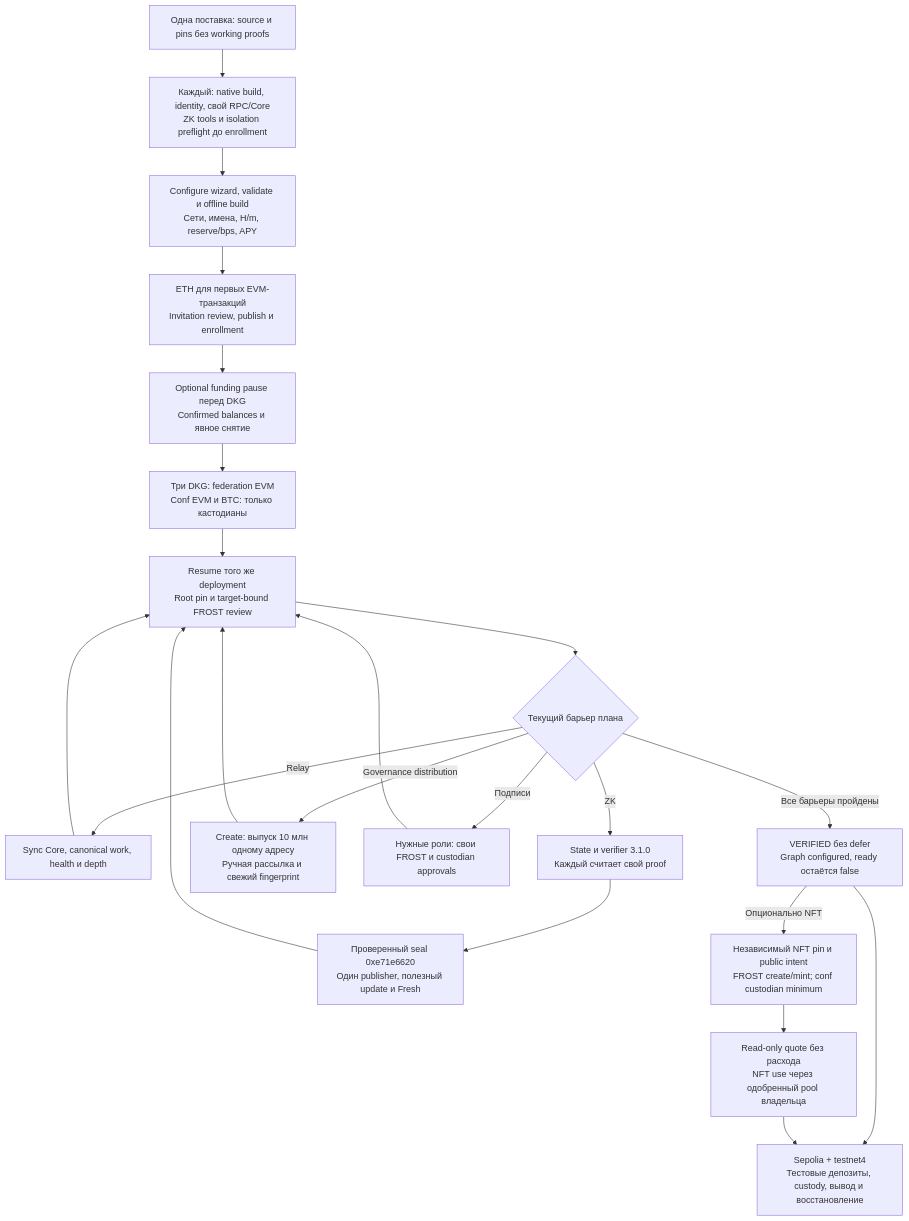
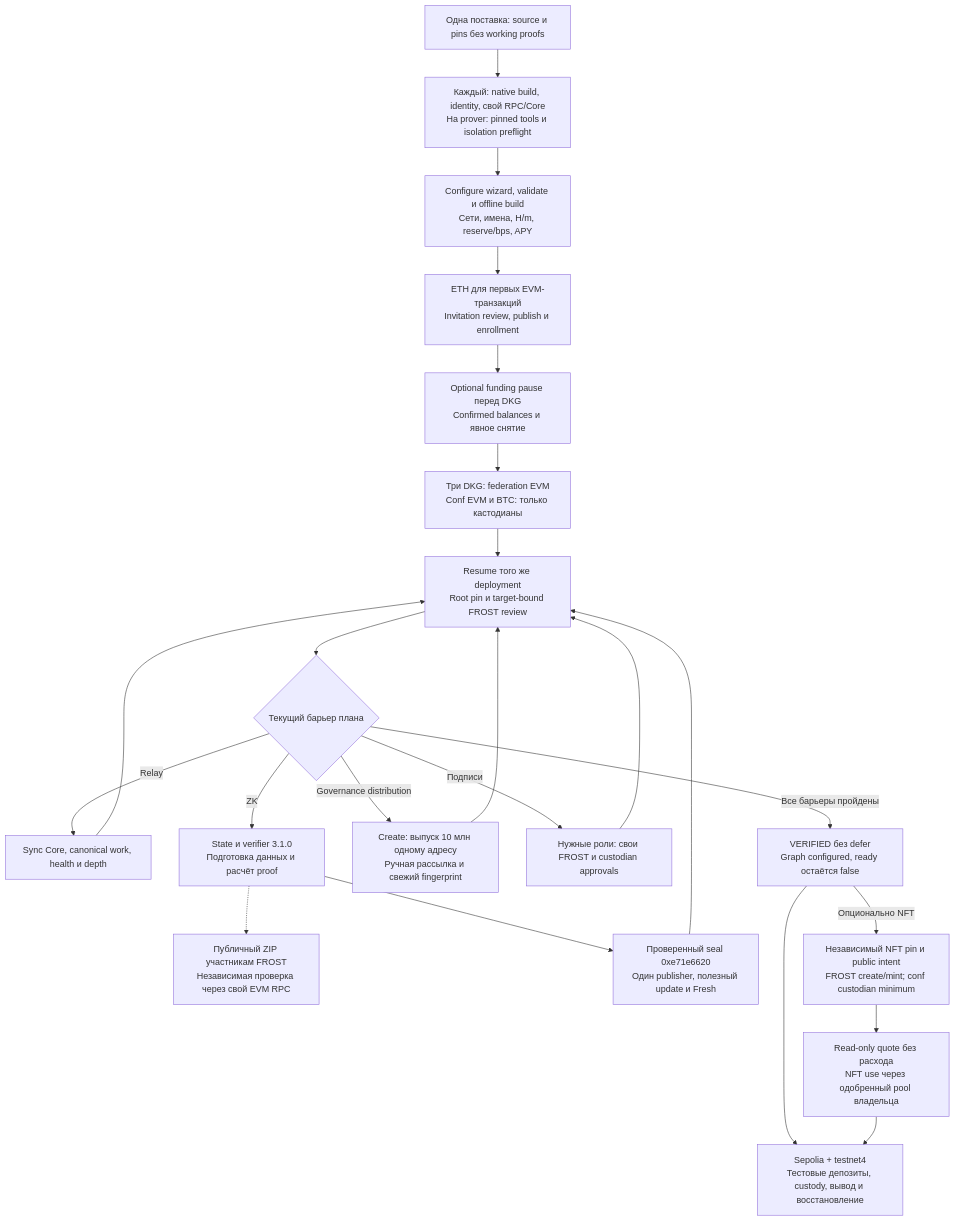
The first of 3 diagrams in docs/LAUNCH_READINESS.md (SergeyBelets/SatFiSetup), drawn with Mermaid before and after one commit. The commit also changed other lines of this file and 3468 other files, not shown here.

````diff
--- a/docs/LAUNCH_READINESS.md
+++ b/docs/LAUNCH_READINESS.md
@@ -78,24 +81,25 @@
 ```mermaid
 flowchart TD
-    S["Одна поставка: source и pins без working proofs"] --> H["Каждый: native build, identity, свой RPC/Core<br/>ZK tools и isolation preflight до enrollment"]
+    S["Одна поставка: source и pins без working proofs"] --> H["Каждый: native build, identity, свой RPC/Core<br/>На prover: pinned tools и isolation preflight"]
     H --> C["Configure wizard, validate и offline build<br/>Сети, имена, H/m, reserve/bps, APY"]
     C --> E["ETH для первых EVM-транзакций<br/>Invitation review, publish и enrollment"]
     E --> F["Optional funding pause перед DKG<br/>Confirmed balances и явное снятие"]
     F --> D["Три DKG: federation EVM<br/>Conf EVM и BTC: только кастодианы"]
     D --> R["Resume того же deployment<br/>Root pin и target-bound FROST review"]
     R --> G{"Текущий барьер плана"}
     G -->|"Relay"| L["Sync Core, canonical work, health и depth"]
-    G -->|"ZK"| Z["State и verifier 3.1.0<br/>Каждый считает свой proof"]
+    G -->|"ZK"| Z["State и verifier 3.1.0<br/>Подготовка данных и расчёт proof"]
+    Z -.-> ZR["Публичный ZIP участникам FROST<br/>Независимая проверка через свой EVM RPC"]
     Z --> ZP["Проверенный seal 0xe71e6620<br/>Один publisher, полезный update и Fresh"]
     G -->|"Governance distribution"| U["Create: выпуск 10 млн одному адресу<br/>Ручная рассылка и свежий fingerprint"]
     G -->|"Подписи"| A["Нужные роли: свои FROST и custodian approvals"]
     L --> R
     ZP --> R
     U --> R
     A --> R
     G -->|"Все барьеры пройдены"| V["VERIFIED без defer<br/>Graph configured, ready остаётся false"]
     V --> T["Sepolia + testnet4<br/>Тестовые депозиты, custody, вывод и восстановление"]
     V -->|"Опционально NFT"| N["Независимый NFT pin и public intent<br/>FROST create/mint; conf custodian minimum"]
     N --> Q["Read-only quote без расхода<br/>NFT use через одобренный pool владельца"]
     Q --> T
 ```
````
